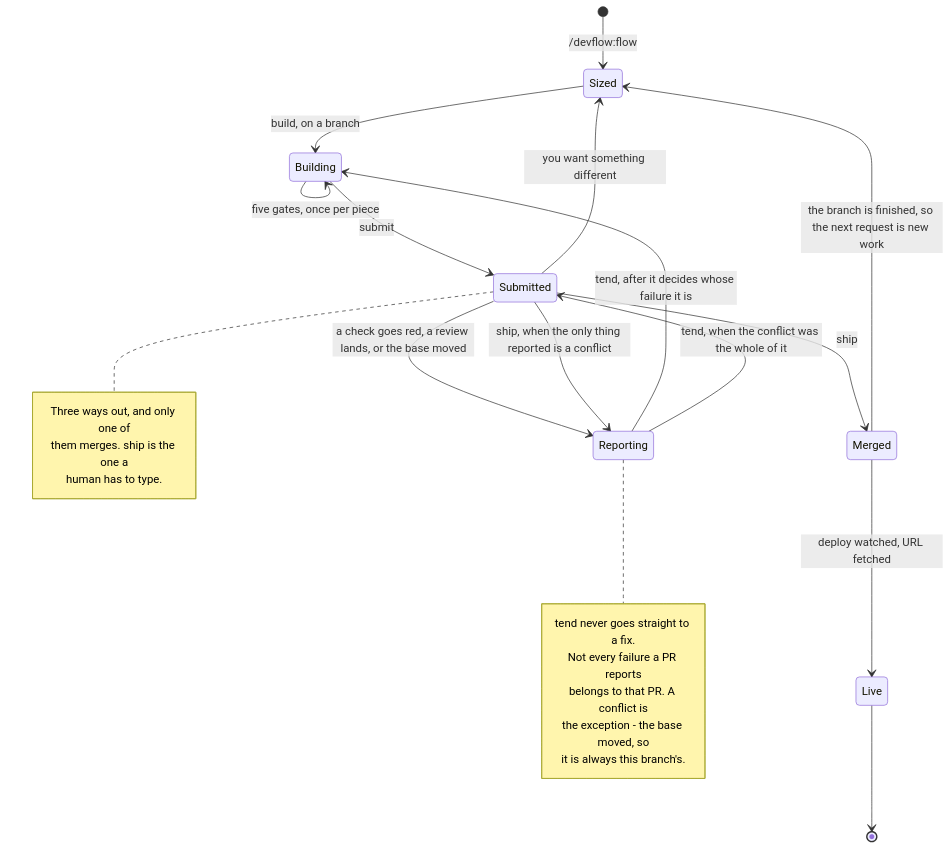
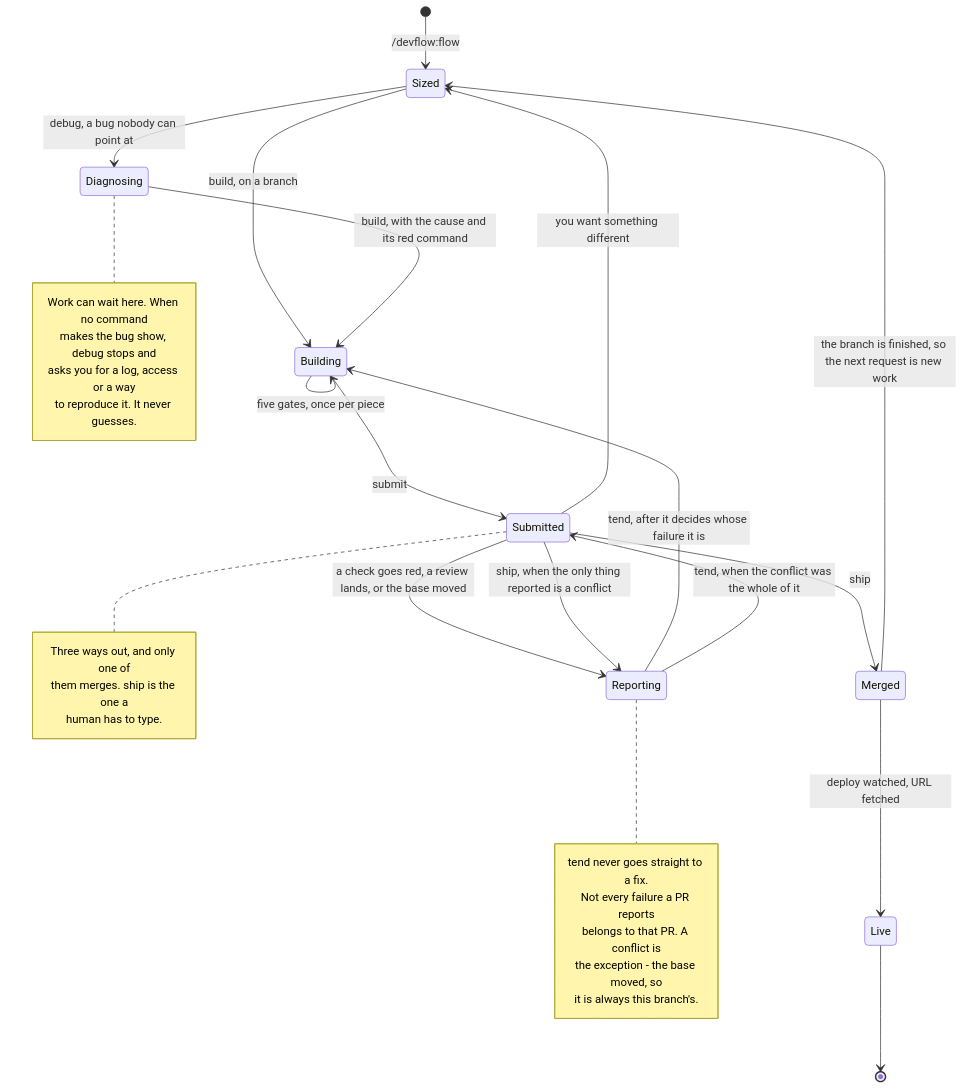
The first of 2 diagrams in docs/pipeline.md (eddiechok/agent-devflow), drawn with Mermaid before and after one commit. The commit also changed 13 other files, not shown here.

First line of the commit message:
feat(debug): find a bug's cause before anything is fixed (#73)

````diff
--- a/docs/pipeline.md
+++ b/docs/pipeline.md
@@ -33,32 +33,41 @@
 ```mermaid
 stateDiagram-v2
     direction TB
 
     [*] --> Sized: /devflow:flow
     Sized --> Building: build, on a branch
+    Sized --> Diagnosing: debug, a bug nobody can point at
+    Diagnosing --> Building: build, with the cause and its red command
     Building --> Building: five gates, once per piece
     Building --> Submitted: submit
     Submitted --> Reporting: a check goes red, a review lands, or the base moved
     Reporting --> Building: tend, after it decides whose failure it is
     Reporting --> Submitted: tend, when the conflict was the whole of it
     Submitted --> Sized: you want something different
     Merged --> Sized: the branch is finished, so the next request is new work
     Submitted --> Merged: ship
     Submitted --> Reporting: ship, when the only thing reported is a conflict
     Merged --> Live: deploy watched, URL fetched
     Live --> [*]
+
+    note right of Diagnosing
+        Work can wait here. When no command
+        makes the bug show, debug stops and
+        asks you for a log, access or a way
+        to reproduce it. It never guesses.
+    end note
 
     note right of Submitted
         Three ways out, and only one of
         them merges. ship is the one a
         human has to type.
     end note
 
     note right of Reporting
         tend never goes straight to a fix.
         Not every failure a PR reports
         belongs to that PR. A conflict is
         the exception - the base moved, so
         it is always this branch's.
     end note
 ```
````
